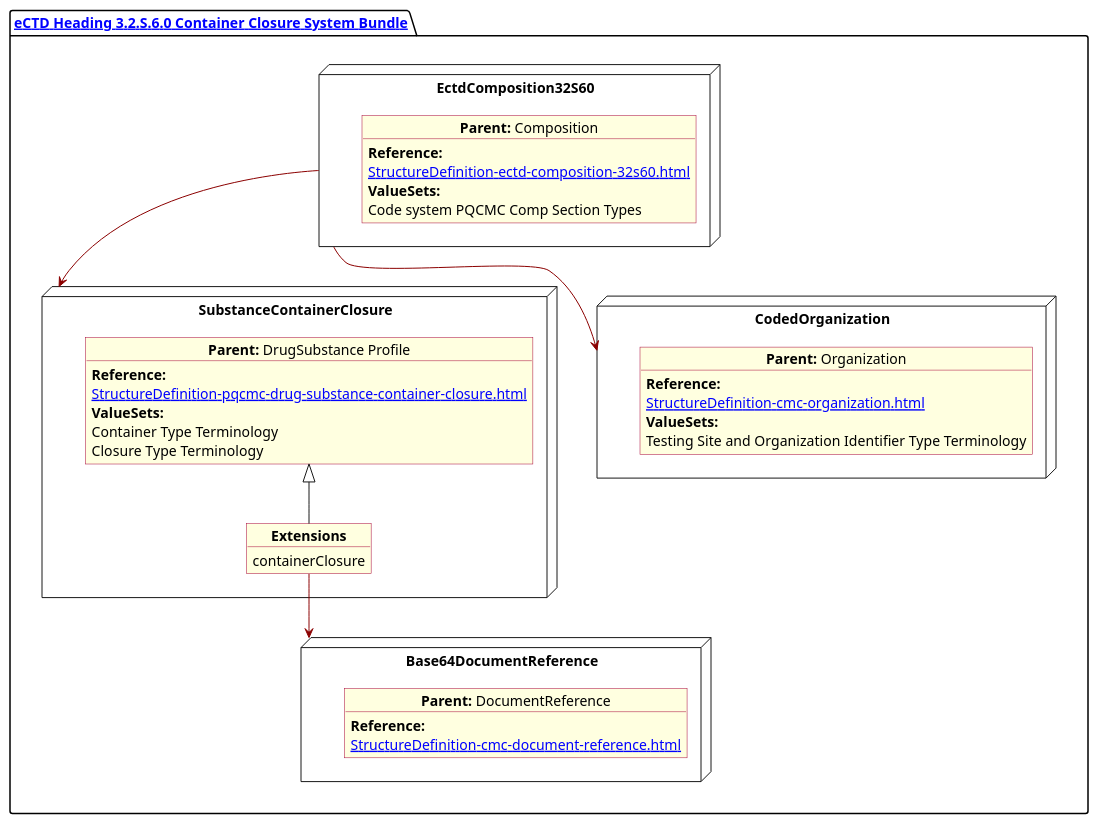
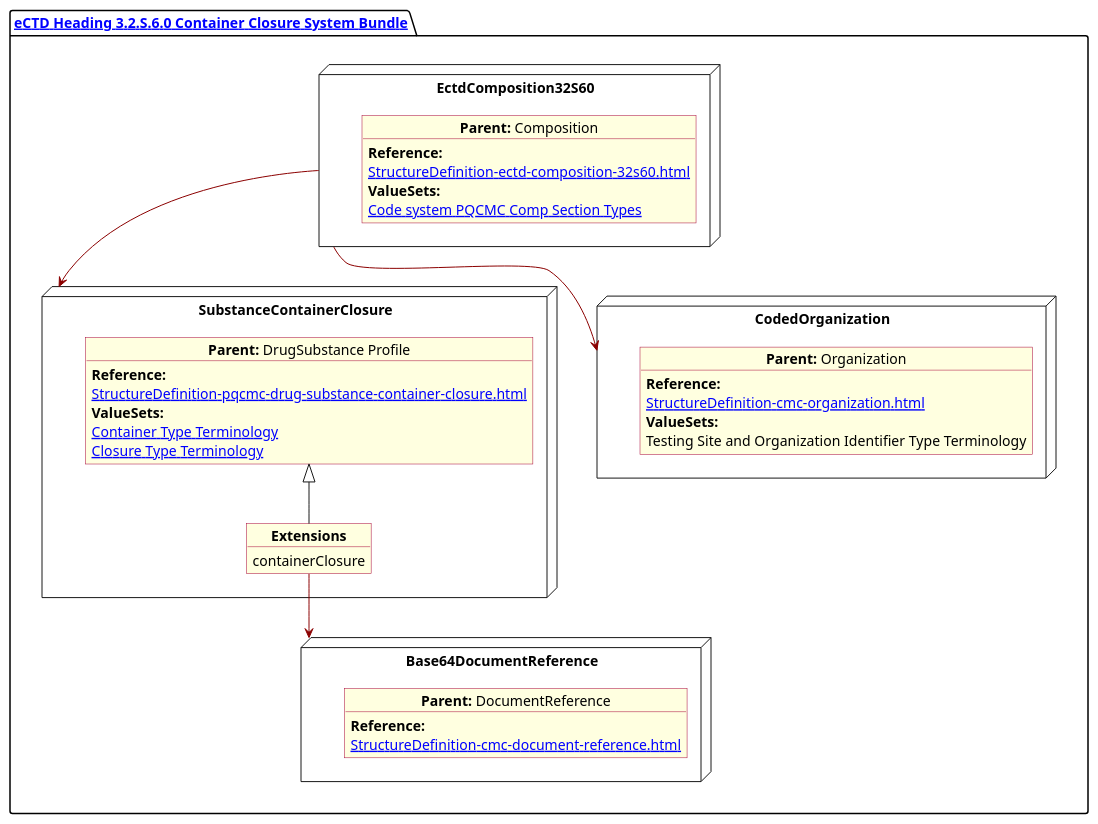
One commit to HL7/FHIR-us-pq-cmc-fda changed the diagram in input/images-source/SubstanceContainer.plantuml. Above: the diagram before and after it, drawn with PlantUML. The commit also changed 27 other files, not shown here.

Commit message:
PlantUml updates Misc commnet updates

```diff
--- a/input/images-source/SubstanceContainer.plantuml
+++ b/input/images-source/SubstanceContainer.plantuml
@@ -1,62 +1,62 @@
 @startuml SubstanceContainer
 allowmixing
 'Mixed model of use case and object
 skinparam svgDimensionStyle false
 skinparam ObjectBackgroundColor LightYellow
 skinparam ObjectBorderColor #A80036
 skinparam activityDiamondBorderColor #A80036
 skinparam activityDiamondBackgroundColor lawnGreen
 skinparam ClassBorderThickness 4
 
 package "[[StructureDefinition-cmc-ectd-document-32s60.html eCTD Heading 3.2.S.6.0 Container Closure System Bundle]]" as NODES {
 
 
 
   node "EctdComposition32S60" as N1 {
 
     object "**Parent:** Composition" as obj1 {
       **Reference:**
       [[StructureDefinition-ectd-composition-32s60.html]]
       **ValueSets:**
-      Code system PQCMC Comp Section Types
+      [[ValueSet-cmc-comp-section-types-vs.html Code system PQCMC Comp Section Types]]
     }
 
   }
   node "SubstanceContainerClosure" as N21 {
 
     object "**Parent:** DrugSubstance Profile" as obj22 {
       **Reference:**
       [[StructureDefinition-pqcmc-drug-substance-container-closure.html]]
       **ValueSets:**
-      Container Type Terminology
-      Closure Type Terminology
+      [[ValueSet-pqcmc-container-type-terminology.html Container Type Terminology]]
+      [[ValueSet-pqcmc-closure-type-terminology.html Closure Type Terminology]]
     }
     object "**Extensions**" as objEx {
       containerClosure
     }
     obj22 <|-- objEx
   }
   node "Base64DocumentReference" as NB64 {
 
     object "**Parent:** DocumentReference"  as obj64 {
 
       **Reference:**
       [[StructureDefinition-cmc-document-reference.html]]
     }
 
   }
   node "CodedOrganization" as NSO {
 
     object "**Parent:** Organization" as objAu {
       **Reference:**
       [[StructureDefinition-cmc-organization.html]]
       **ValueSets:**
       Testing Site and Organization Identifier Type Terminology
     }
   }
 }
 
 N1 -[#darkred]-> N21
 N1 -[#darkred]-> NSO
 objEx -[#darkred]-> NB64
 @enduml
```
